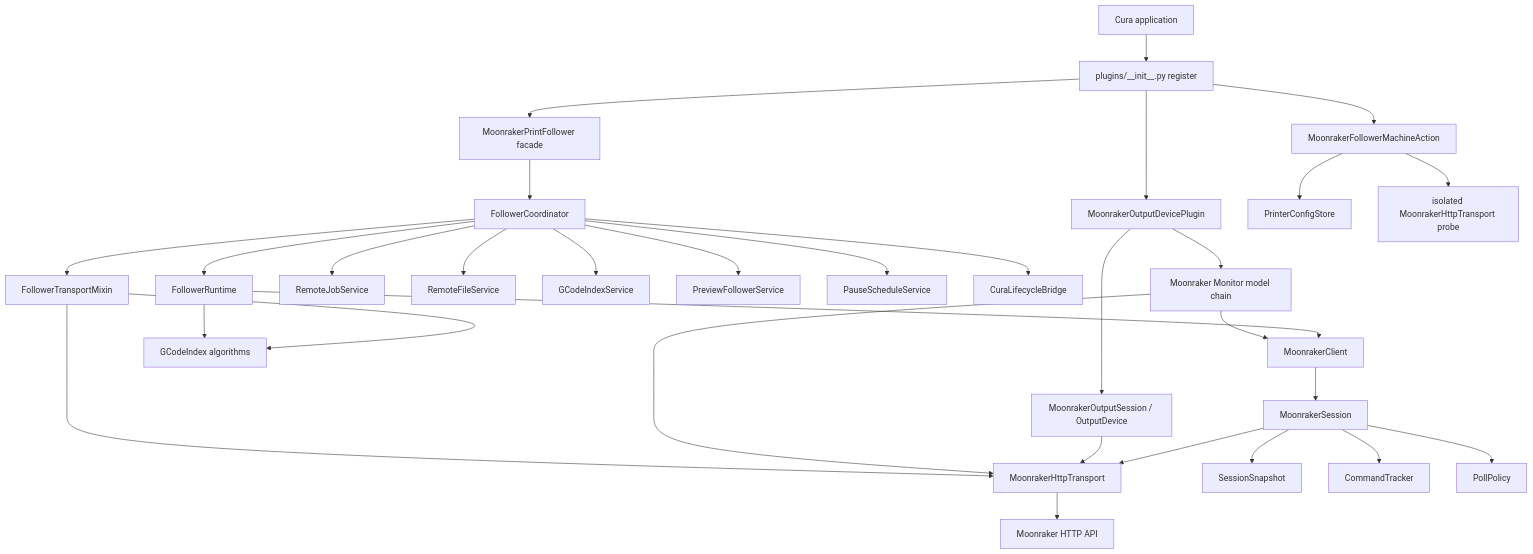
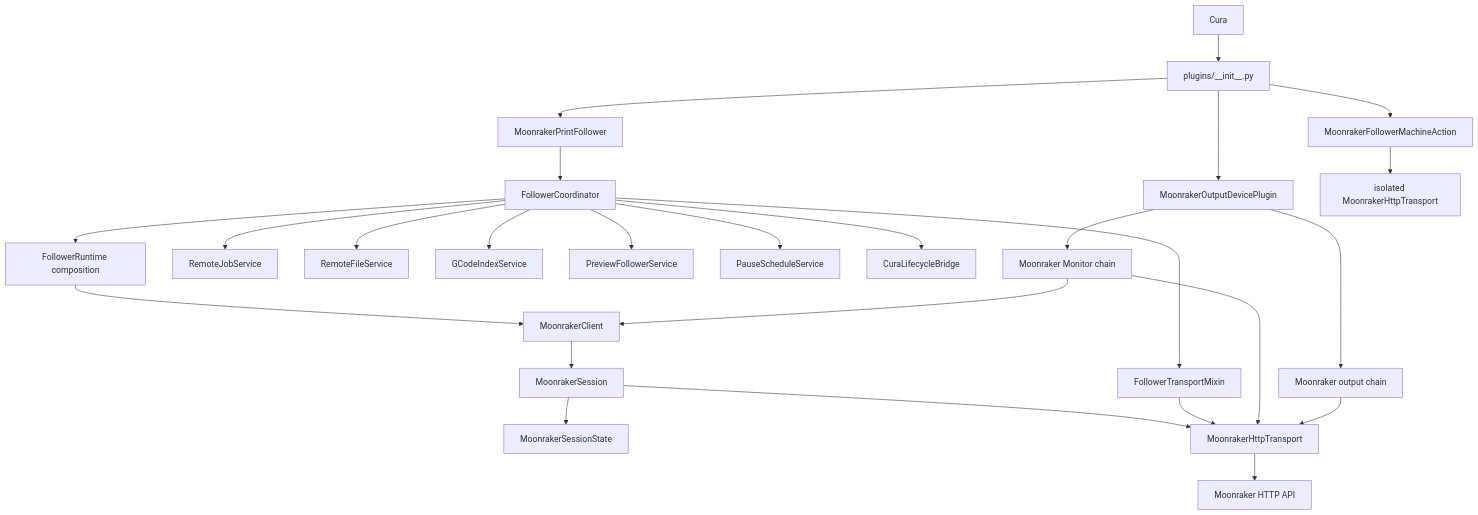
Before and after one commit to shallax/MoonrakerPrintFollower: the diagram in ARCHITECTURE.md, drawn with Mermaid. The commit also changed other lines of this file and 29 other files, not shown here.

````diff
--- a/ARCHITECTURE.md
+++ b/ARCHITECTURE.md
@@ -144,42 +55,35 @@
 ```mermaid
 flowchart TD
-    Cura[Cura application] --> Register[plugins/__init__.py register]
+    Cura[Cura] --> Register[plugins/__init__.py]
 
-    Register --> Follower[MoonrakerPrintFollower facade]
-    Register --> OutputPlugin[MoonrakerOutputDevicePlugin]
-    Register --> MachineAction[MoonrakerFollowerMachineAction]
-
-    Follower --> Coordinator[FollowerCoordinator]
-    Coordinator --> Runtime[FollowerRuntime]
+    Register --> Facade[MoonrakerPrintFollower]
+    Facade --> Coordinator[FollowerCoordinator]
+    Coordinator --> Runtime[FollowerRuntime composition]
     Coordinator --> FollowerTransport[FollowerTransportMixin]
 
-    Coordinator --> RemoteJob[RemoteJobService]
-    Coordinator --> RemoteFile[RemoteFileService]
-    Coordinator --> IndexService[GCodeIndexService]
-    Coordinator --> PreviewService[PreviewFollowerService]
-    Coordinator --> PauseService[PauseScheduleService]
+    Coordinator --> Job[RemoteJobService]
+    Coordinator --> File[RemoteFileService]
+    Coordinator --> Index[GCodeIndexService]
+    Coordinator --> Preview[PreviewFollowerService]
+    Coordinator --> Pause[PauseScheduleService]
     Coordinator --> Lifecycle[CuraLifecycleBridge]
 
     Runtime --> Client[MoonrakerClient]
     Client --> Session[MoonrakerSession]
+    Session --> State[MoonrakerSessionState]
     Session --> Transport[MoonrakerHttpTransport]
-    Session --> Snapshot[SessionSnapshot]
-    Session --> Commands[CommandTracker]
-    Session --> Policy[PollPolicy]
 
-    OutputPlugin --> Output[MoonrakerOutputSession / OutputDevice]
+    Register --> OutputPlugin[MoonrakerOutputDevicePlugin]
+    OutputPlugin --> Output[Moonraker output chain]
+    OutputPlugin --> Monitor[Moonraker Monitor chain]
+
+    FollowerTransport --> Transport
+    Monitor --> Client
+    Monitor --> Transport
     Output --> Transport
 
-    OutputPlugin --> Monitor[Moonraker Monitor model chain]
-    Monitor --> Client
-    Monitor --> Transport
-
-    MachineAction --> Config[PrinterConfigStore]
-    MachineAction --> Probe[isolated MoonrakerHttpTransport probe]
-
-    FollowerTransport --> Transport
-    FollowerTransport --> IndexAlgo[GCodeIndex algorithms]
-    Runtime --> IndexAlgo
+    Register --> MachineAction[MoonrakerFollowerMachineAction]
+    MachineAction --> Probe[isolated MoonrakerHttpTransport]
 
     Transport --> Moonraker[Moonraker HTTP API]
 ```
````
